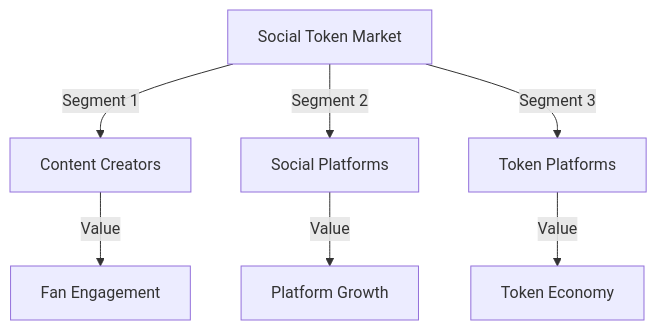
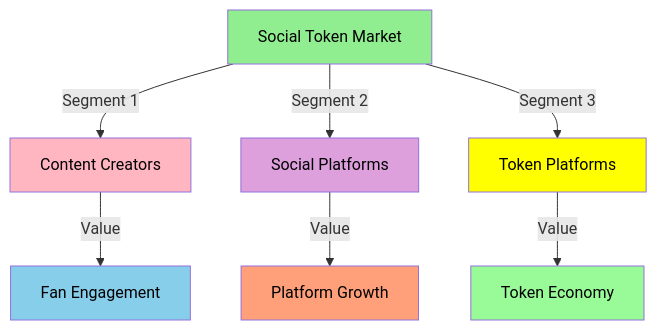
The first of 13 diagrams in docs/whitepaper/market-analysis.md (MEMEFANS/memefans), drawn with Mermaid before and after one commit. The commit also changed other lines of this file and 4 other files, not shown here.

Commit message:
fix: update mermaid diagrams with improved styles and standard syntax

````diff
--- a/docs/whitepaper/market-analysis.md
+++ b/docs/whitepaper/market-analysis.md
@@ -34,9 +34,17 @@
 ```mermaid
 graph TD
     A[Social Token Market] -->|Segment 1| B[Content Creators]
     A -->|Segment 2| C[Social Platforms]
     A -->|Segment 3| D[Token Platforms]
     B -->|Value| E[Fan Engagement]
     C -->|Value| F[Platform Growth]
     D -->|Value| G[Token Economy]
+    
+    style A fill:#90EE90,color:#000000
+    style B fill:#FFB6C1,color:#000000
+    style C fill:#DDA0DD,color:#000000
+    style D fill:#FFFF00,color:#000000
+    style E fill:#87CEEB,color:#000000
+    style F fill:#FFA07A,color:#000000
+    style G fill:#98FB98,color:#000000
 ```
````
